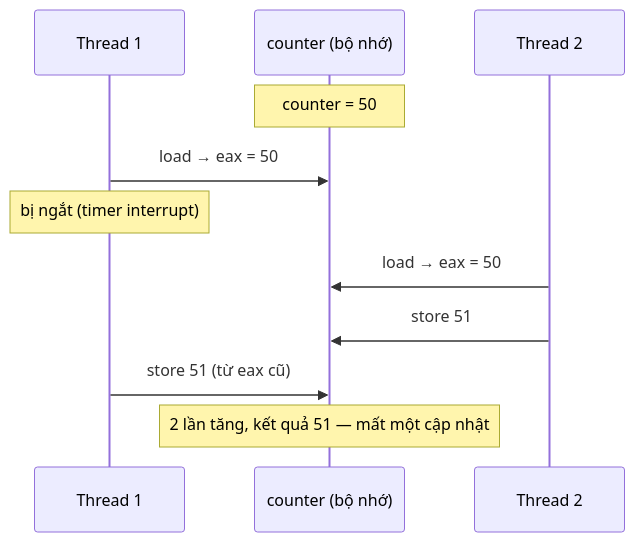
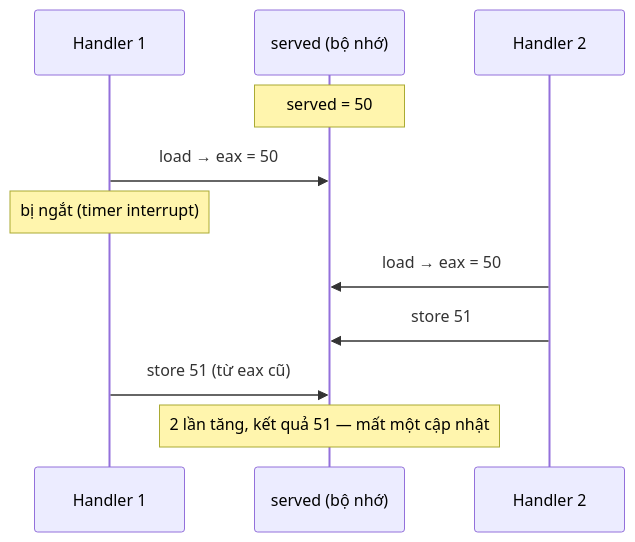
Before and after one commit to pirumu/irust: the first of 2 diagrams in docs/04-concurrency/03-lock.md, drawn with Mermaid. The commit also changed other lines of this file and 35 other files, not shown here.

````diff
--- a/docs/04-concurrency/03-lock.md
+++ b/docs/04-concurrency/03-lock.md
@@ -31,13 +33,13 @@
 ```mermaid
 sequenceDiagram
-  participant T1 as Thread 1
-  participant M as counter (bộ nhớ)
-  participant T2 as Thread 2
-  Note over M: counter = 50
+  participant T1 as Handler 1
+  participant M as served (bộ nhớ)
+  participant T2 as Handler 2
+  Note over M: served = 50
   T1->>M: load → eax = 50
   Note over T1: bị ngắt (timer interrupt)
   T2->>M: load → eax = 50
   T2->>M: store 51
   T1->>M: store 51 (từ eax cũ)
   Note over M: 2 lần tăng, kết quả 51 — mất một cập nhật
 ```
````
